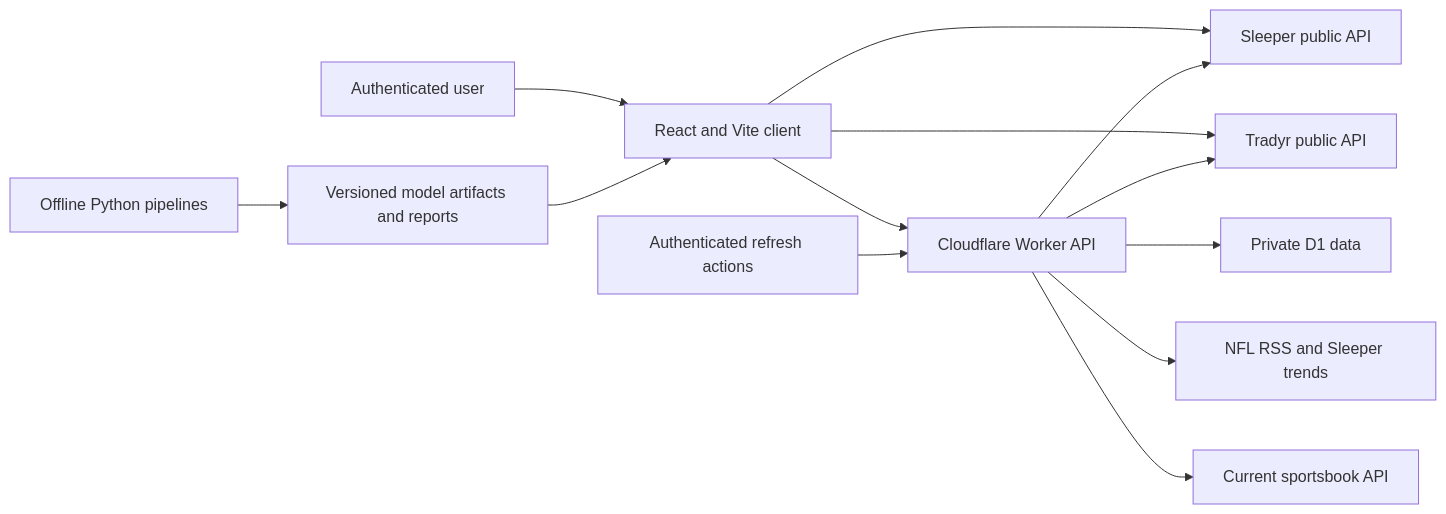
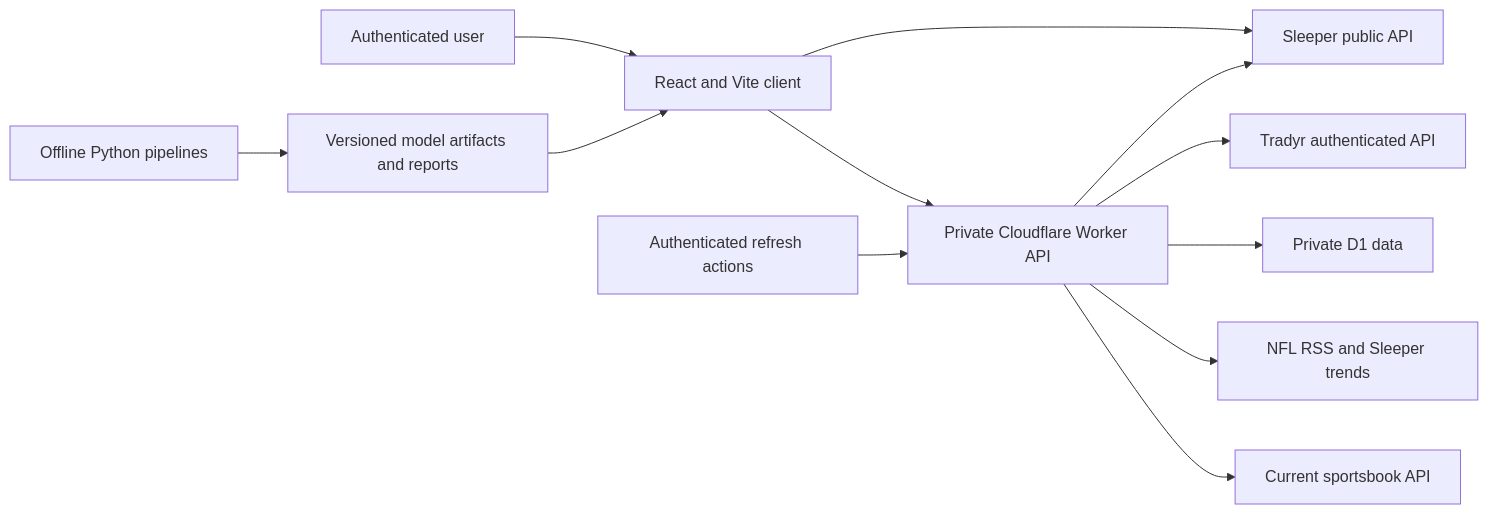
Before and after one commit to aidandaly24/fantasy-football-trade: the diagram in docs/architecture.md, drawn with Mermaid. The commit also changed other lines of this file and 11 other files, not shown here.

Commit message:
Restore authenticated Tradyr market coverage (#48)

````diff
--- a/docs/architecture.md
+++ b/docs/architecture.md
@@ -17,15 +17,14 @@
 ```mermaid
 flowchart LR
   U["Authenticated user"] --> UI["React and Vite client"]
   UI --> S["Sleeper public API"]
-  UI --> T["Tradyr public API"]
-  UI --> W["Cloudflare Worker API"]
+  UI --> W["Private Cloudflare Worker API"]
+  W --> T["Tradyr authenticated API"]
   W --> D1["Private D1 data"]
   W --> S
-  W --> T
   W --> N["NFL RSS and Sleeper trends"]
   W --> O["Current sportsbook API"]
   ML["Offline Python pipelines"] --> A["Versioned model artifacts and reports"]
   A --> UI
   CLICK["Authenticated refresh actions"] --> W
 ```
````
